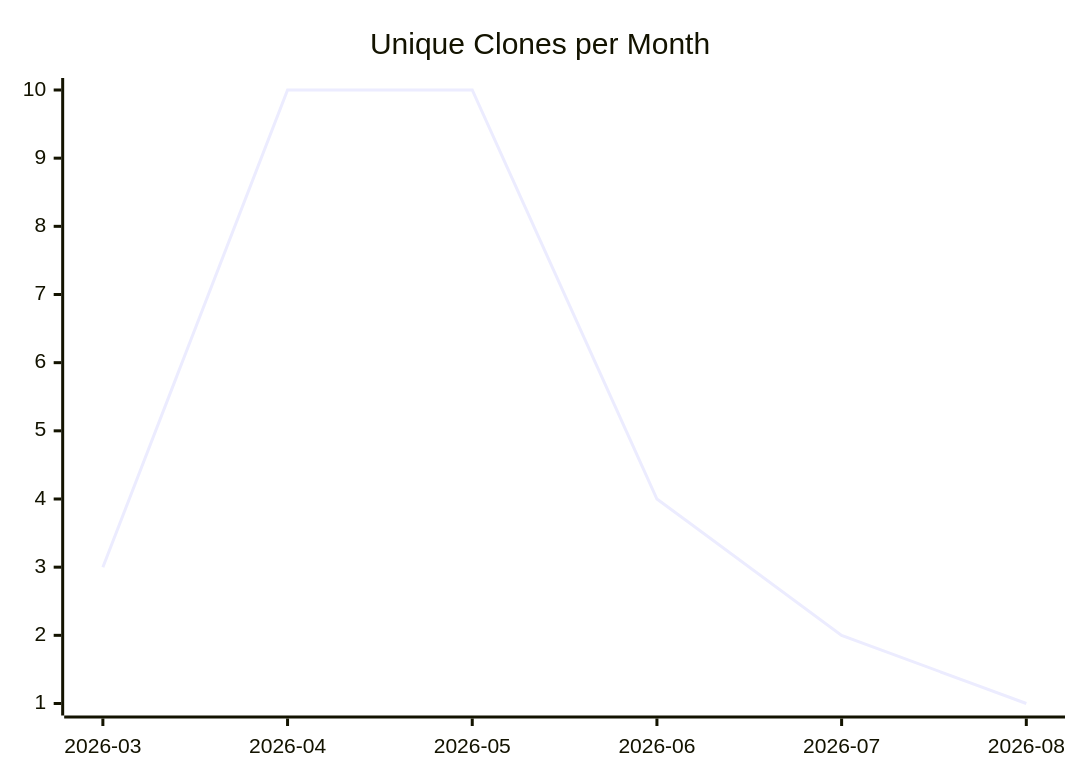
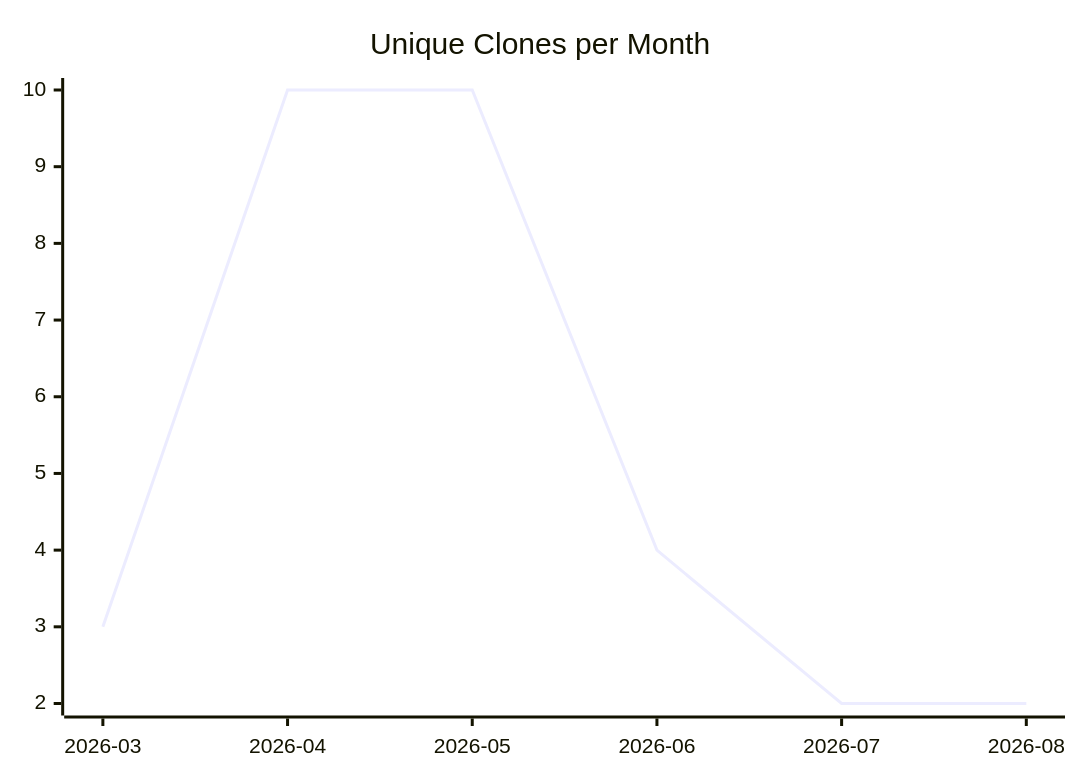
Before and after one commit to justdavis-family/github-analytics-data: the third of 3 diagrams in karlmdavis/stockfighter-trades-solutions/README.md, drawn with Mermaid. The commit also changed other lines of this file and 160 other files, not shown here.

````diff
--- a/karlmdavis/stockfighter-trades-solutions/README.md
+++ b/karlmdavis/stockfighter-trades-solutions/README.md
@@ -19,6 +19,6 @@
 ```mermaid
 xychart-beta
   title "Unique Clones per Month"
   x-axis ["2026-03", "2026-04", "2026-05", "2026-06", "2026-07", "2026-08"]
-  line [3, 10, 10, 4, 2, 1]
+  line [3, 10, 10, 4, 2, 2]
 ```
````
